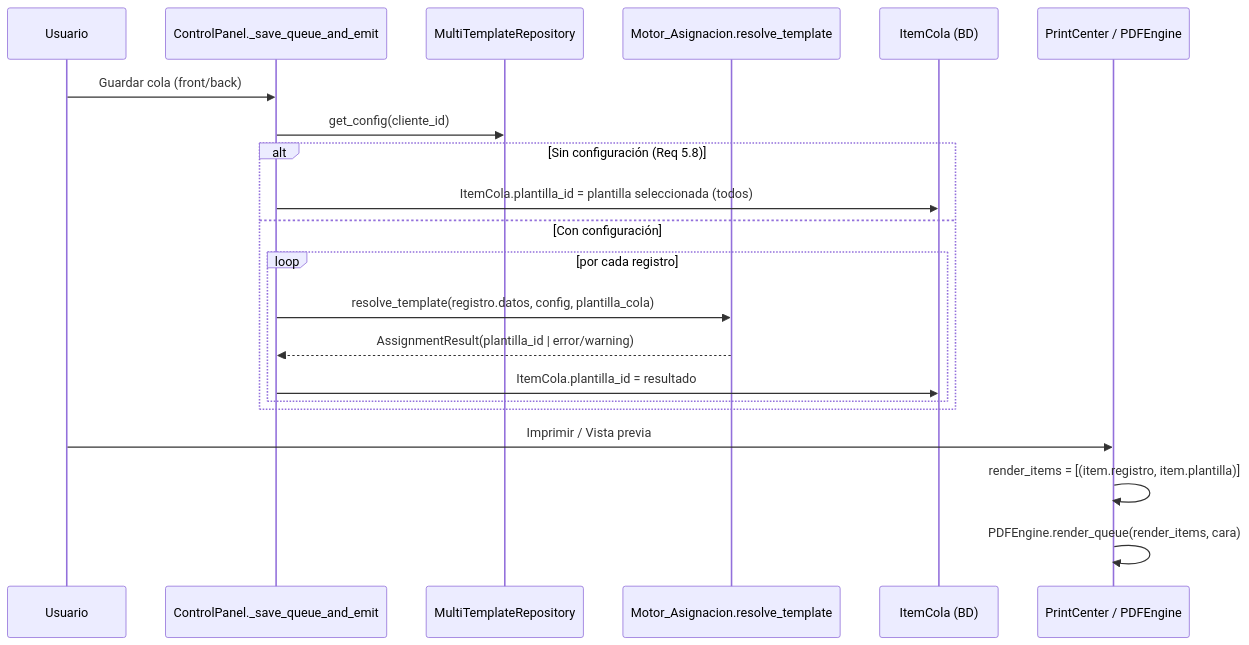
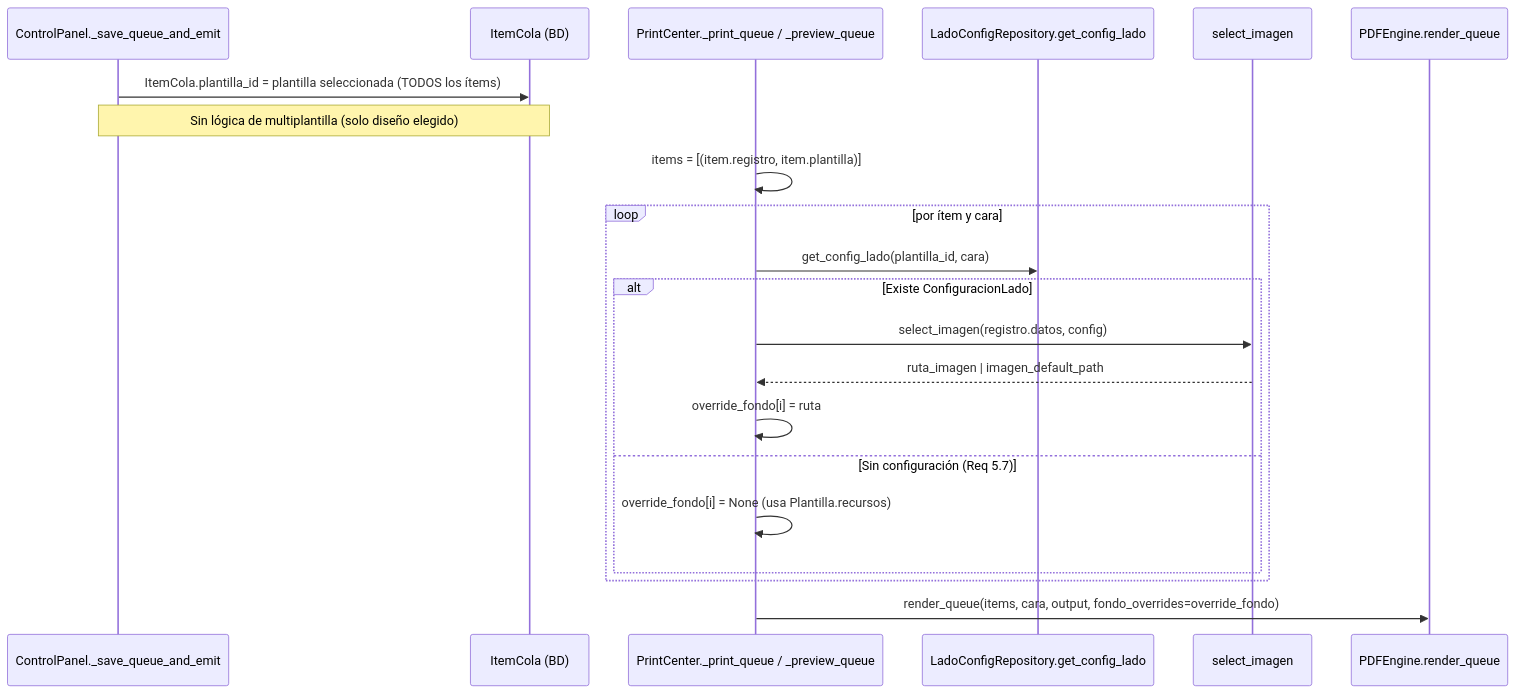
One commit to kioriy/sistema_credencializacion changed the third of 4 diagrams in .kiro/specs/multiplantillaje-base/design.md. Above: the diagram before and after it, drawn with Mermaid. The commit also changed other lines of this file and 37 other files, not shown here.

Commit message:
Se mojoraro el panel de atributos en el dieseñador, el multiplantillaje, vista previa

````diff
--- a/.kiro/specs/multiplantillaje-base/design.md
+++ b/.kiro/specs/multiplantillaje-base/design.md
@@ -116,24 +138,24 @@
 ```mermaid
 sequenceDiagram
-    participant U as Usuario
     participant CP as ControlPanel._save_queue_and_emit
-    participant REPO as MultiTemplateRepository
-    participant ENG as Motor_Asignacion.resolve_template
     participant DB as ItemCola (BD)
-    participant PC as PrintCenter / PDFEngine
+    participant PC as PrintCenter._print_queue / _preview_queue
+    participant REPO as LadoConfigRepository.get_config_lado
+    participant ENG as select_imagen
+    participant PDF as PDFEngine.render_queue
 
-    U->>CP: Guardar cola (front/back)
-    CP->>REPO: get_config(cliente_id)
-    alt Sin configuración (Req 5.8)
-        CP->>DB: ItemCola.plantilla_id = plantilla seleccionada (todos)
-    else Con configuración
-        loop por cada registro
-            CP->>ENG: resolve_template(registro.datos, config, plantilla_cola)
-            ENG-->>CP: AssignmentResult(plantilla_id | error/warning)
-            CP->>DB: ItemCola.plantilla_id = resultado
+    CP->>DB: ItemCola.plantilla_id = plantilla seleccionada (TODOS los ítems)
+    Note over CP,DB: Sin lógica de multiplantilla (solo diseño elegido)
+    PC->>PC: items = [(item.registro, item.plantilla)]
+    loop por ítem y cara
+        PC->>REPO: get_config_lado(plantilla_id, cara)
+        alt Existe ConfiguracionLado
+            PC->>ENG: select_imagen(registro.datos, config)
+            ENG-->>PC: ruta_imagen | imagen_default_path
+            PC->>PC: override_fondo[i] = ruta
+        else Sin configuración (Req 5.7)
+            PC->>PC: override_fondo[i] = None (usa Plantilla.recursos)
         end
     end
-    U->>PC: Imprimir / Vista previa
-    PC->>PC: render_items = [(item.registro, item.plantilla)]
-    PC->>PC: PDFEngine.render_queue(render_items, cara)
+    PC->>PDF: render_queue(items, cara, output, fondo_overrides=override_fondo)
 ```
````
